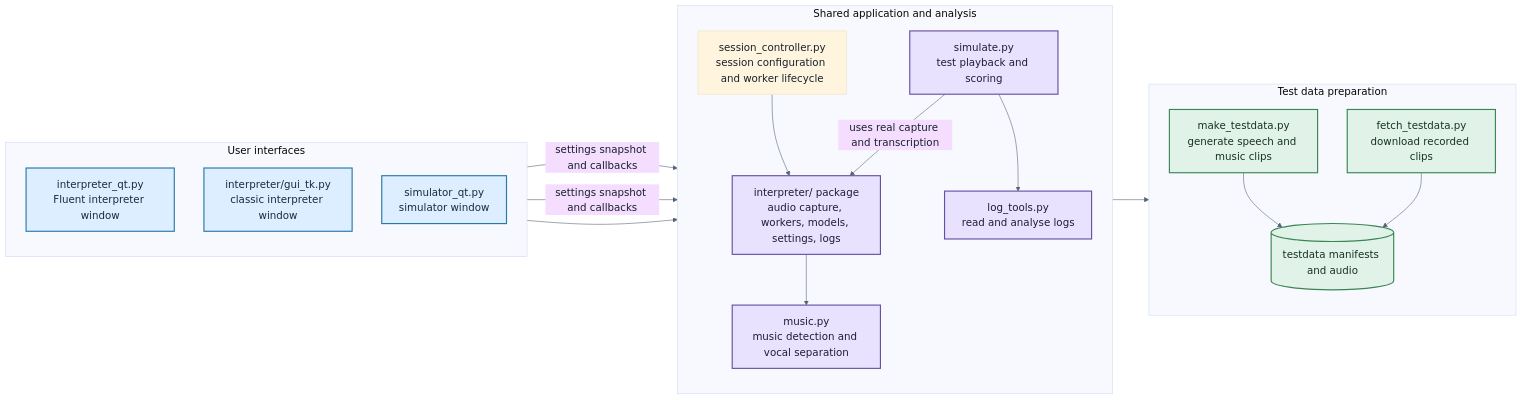
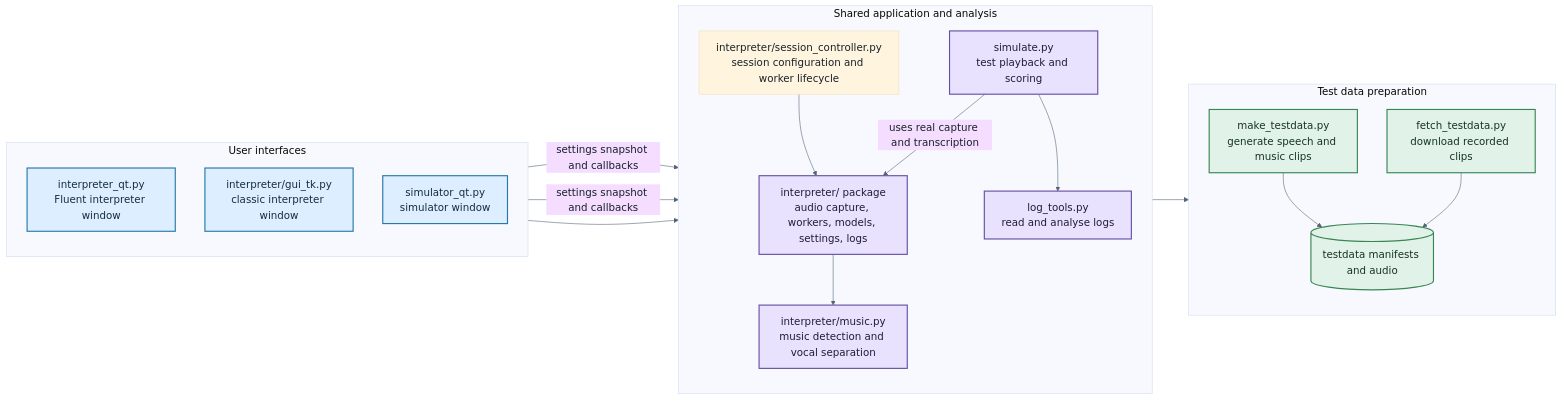
One commit to Benn-maker-bot/Interpreter changed the first of 5 diagrams in docs/FLOWCHARTS.md. Above: the diagram before and after it, drawn with Mermaid. The commit also changed other lines of this file and 8 other files, not shown here.

Commit message:
Docs and comments: model_manager.py, and music/session_controller in the package

````diff
--- a/docs/FLOWCHARTS.md
+++ b/docs/FLOWCHARTS.md
@@ -22,40 +22,40 @@
 ```mermaid
 %%{init: {"theme": "base", "themeVariables": {"fontSize": "18px", "fontFamily": "Segoe UI, Arial, sans-serif", "lineColor": "#536273", "primaryTextColor": "#17212b"}, "flowchart": {"nodeSpacing": 52, "rankSpacing": 64, "htmlLabels": true, "curve": "basis"}}}%%
 flowchart LR
     subgraph interfaces["User interfaces"]
         direction TB
         QI["interpreter_qt.py<br/>Fluent interpreter window"]
         CI["interpreter/gui_tk.py<br/>classic interpreter window"]
         SQ["simulator_qt.py<br/>simulator window"]
     end
     subgraph application["Shared application and analysis"]
         direction TB
         CORE["interpreter/ package<br/>audio capture, workers, models, settings, logs"]
-        SESSION["session_controller.py<br/>session configuration and worker lifecycle"]
-        MUSIC["music.py<br/>music detection and vocal separation"]
+        SESSION["interpreter/session_controller.py<br/>session configuration and worker lifecycle"]
+        MUSIC["interpreter/music.py<br/>music detection and vocal separation"]
         SIM["simulate.py<br/>test playback and scoring"]
         LOG["log_tools.py<br/>read and analyse logs"]
     end
     subgraph preparation["Test data preparation"]
         direction TB
         SYN["make_testdata.py<br/>generate speech and music clips"]
         REAL["fetch_testdata.py<br/>download recorded clips"]
         DATA[("testdata manifests and audio")]
     end
     QI -->|settings snapshot and callbacks| SESSION
     CI -->|settings snapshot and callbacks| SESSION
     SESSION --> CORE
     CORE --> MUSIC
     SQ --> SIM
     SIM -->|uses real capture and transcription| CORE
     SIM --> LOG
     SYN --> DATA
     REAL --> DATA
     SIM --> DATA
     classDef interface fill:#dceeff,stroke:#2878a8,stroke-width:2px,color:#142d3d
     classDef core fill:#e8e2ff,stroke:#6750a4,stroke-width:2px,color:#211b36
     classDef data fill:#e1f3e8,stroke:#3a8554,stroke-width:2px,color:#163322
     class QI,CI,SQ interface
     class CORE,MUSIC,SIM,LOG core
     class SYN,REAL,DATA data
 ```
````
